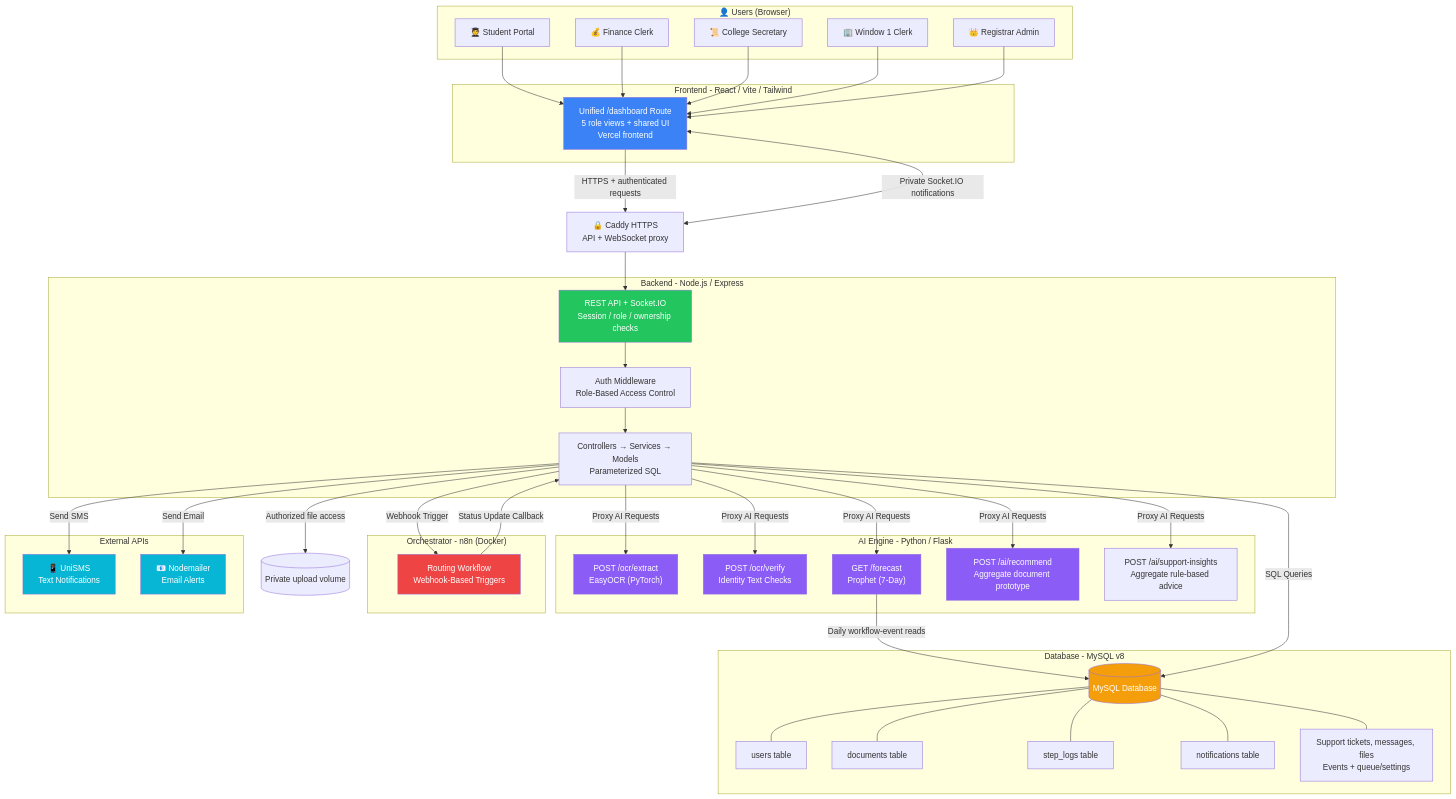
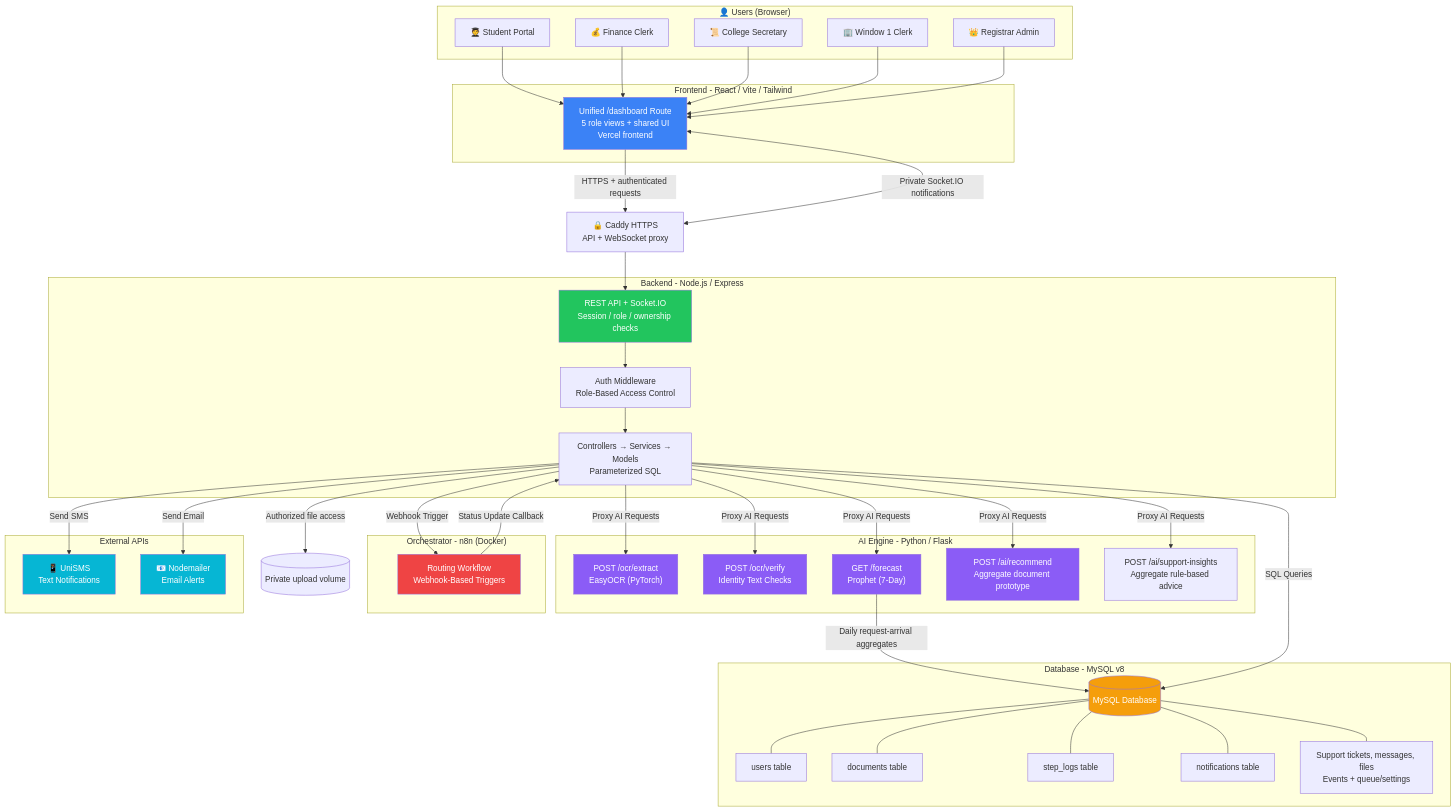
The first of 5 diagrams in docs/CAPSTONE_DEFENSE_GUIDE.md (mafuyyuuu/Project-TRACE), drawn with Mermaid before and after one commit. The commit also changed other lines of this file and 67 other files, not shown here.

````diff
--- a/docs/CAPSTONE_DEFENSE_GUIDE.md
+++ b/docs/CAPSTONE_DEFENSE_GUIDE.md
@@ -23,74 +23,74 @@
 ```mermaid
 graph TB
     subgraph "👤 Users (Browser)"
         STU["🧑‍🎓 Student Portal"]
         FIN["💰 Finance Clerk"]
         SEC["📜 College Secretary"]
         W1["🏢 Window 1 Clerk"]
         ADM["👑 Registrar Admin"]
     end
 
     subgraph "Frontend - React / Vite / Tailwind"
         UI["Unified /dashboard Route<br/>5 role views + shared UI<br/>Vercel frontend"]
     end
 
     subgraph "Backend - Node.js / Express"
         API["REST API + Socket.IO<br/>Session / role / ownership checks"]
         AUTH["Auth Middleware<br/>Role-Based Access Control"]
         ROUTES["Controllers → Services → Models<br/>Parameterized SQL"]
     end
 
     subgraph "Database - MySQL v8"
         DB[("MySQL Database")]
         USERS["users table"]
         DOCS["documents table"]
         LOGS["step_logs table"]
         NOTIFS["notifications table"]
         TICKETS["Support tickets, messages, files<br/>Events + queue/settings"]
     end
 
     subgraph "AI Engine - Python / Flask"
         OCR["POST /ocr/extract<br/>EasyOCR (PyTorch)"]
         VERIFY["POST /ocr/verify<br/>Identity Text Checks"]
         FORECAST["GET /forecast<br/>Prophet (7-Day)"]
         INSIGHTS["POST /ai/recommend<br/>Aggregate document prototype"]
         SUPPORTAI["POST /ai/support-insights<br/>Aggregate rule-based advice"]
     end
 
     subgraph "Orchestrator - n8n (Docker)"
         N8N["Routing Workflow<br/>Webhook-Based Triggers"]
     end
 
     subgraph "External APIs"
         SMS["📱 UniSMS<br/>Text Notifications"]
         EMAIL["📧 Nodemailer<br/>Email Alerts"]
     end
 
     STU & FIN & SEC & W1 & ADM --> UI
     PROXY["🔒 Caddy HTTPS<br/>API + WebSocket proxy"]
     FILES[("Private upload volume")]
     UI -->|"HTTPS + authenticated requests"| PROXY
     UI <-->|"Private Socket.IO notifications"| PROXY
     PROXY --> API
     ROUTES -->|"Authorized file access"| FILES
-    FORECAST -->|"Daily workflow-event reads"| DB
+    FORECAST -->|"Daily request-arrival aggregates"| DB
     API --> AUTH --> ROUTES
     ROUTES -->|"SQL Queries"| DB
     DB --- USERS & DOCS & LOGS & NOTIFS & TICKETS
     ROUTES -->|"Proxy AI Requests"| OCR & VERIFY & FORECAST & INSIGHTS & SUPPORTAI
     ROUTES -->|"Webhook Trigger"| N8N
     N8N -->|"Status Update Callback"| ROUTES
     ROUTES -->|"Send SMS"| SMS
     ROUTES -->|"Send Email"| EMAIL
 
     style UI fill:#3b82f6,color:#fff
     style API fill:#22c55e,color:#fff
     style DB fill:#f59e0b,color:#fff
     style OCR fill:#8b5cf6,color:#fff
     style VERIFY fill:#8b5cf6,color:#fff
     style FORECAST fill:#8b5cf6,color:#fff
     style INSIGHTS fill:#8b5cf6,color:#fff
     style N8N fill:#ef4444,color:#fff
     style SMS fill:#06b6d4,color:#fff
     style EMAIL fill:#06b6d4,color:#fff
 ```
````
